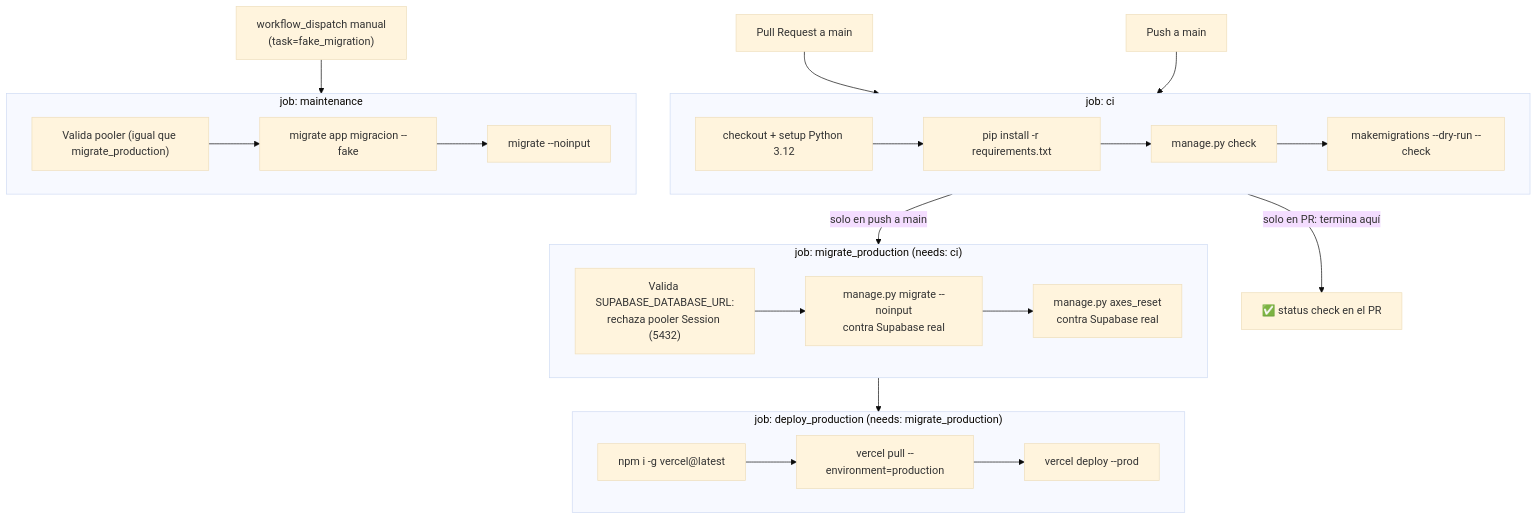
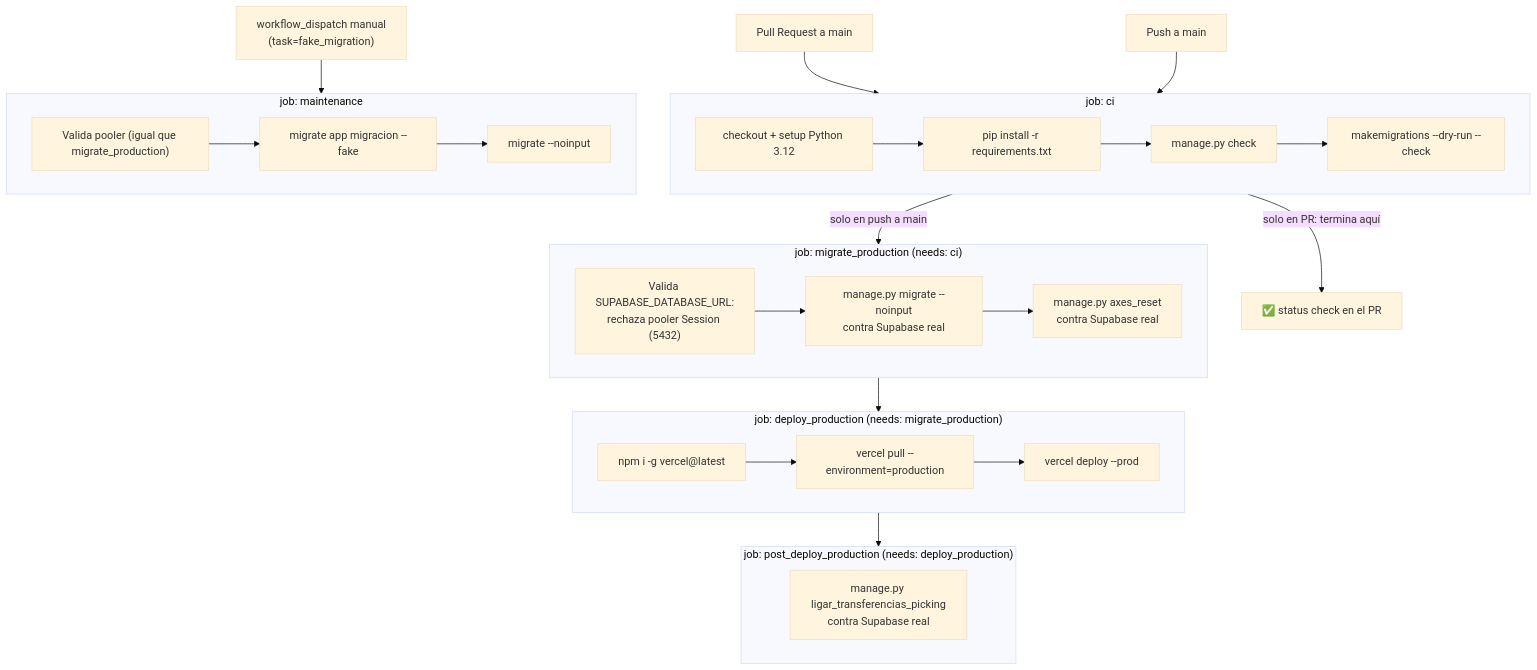
Before and after one commit to DISTinTheHouse/nucleo-erp: the diagram in DOCS/arquitectura/pipeline-despliegue-backend.md, drawn with Mermaid (base theme). The commit also changed other lines of this file and 8 other files, not shown here.

````diff
--- a/DOCS/arquitectura/pipeline-despliegue-backend.md
+++ b/DOCS/arquitectura/pipeline-despliegue-backend.md
@@ -7,41 +7,48 @@
 ```mermaid
 flowchart TD
     PR["Pull Request a main"] --> CI
     PUSH["Push a main"] --> CI
 
     subgraph CI["job: ci"]
         C1["checkout + setup Python 3.12"]
         C2["pip install -r requirements.txt"]
         C3["manage.py check"]
         C4["makemigrations --dry-run --check"]
         C1 --> C2 --> C3 --> C4
     end
 
     CI -->|solo en PR: termina aquí| DONE_PR["✅ status check en el PR"]
     CI -->|solo en push a main| MIG
 
     subgraph MIG["job: migrate_production (needs: ci)"]
         M1["Valida SUPABASE_DATABASE_URL:\nrechaza pooler Session (5432)"]
         M2["manage.py migrate --noinput\ncontra Supabase real"]
         M3["manage.py axes_reset\ncontra Supabase real"]
         M1 --> M2 --> M3
     end
 
     MIG --> DEP
 
     subgraph DEP["job: deploy_production (needs: migrate_production)"]
         D1["npm i -g vercel@latest"]
         D2["vercel pull --environment=production"]
         D3["vercel deploy --prod"]
         D1 --> D2 --> D3
     end
 
+    DEP --> POST
+
+    subgraph POST["job: post_deploy_production (needs: deploy_production)"]
+        P1["manage.py ligar_transferencias_picking
+contra Supabase real"]
+    end
+
     WD["workflow_dispatch manual\n(task=fake_migration)"] --> MAINT
 
     subgraph MAINT["job: maintenance"]
         MA1["Valida pooler (igual que migrate_production)"]
         MA2["migrate app migracion --fake"]
         MA3["migrate --noinput"]
         MA1 --> MA2 --> MA3
     end
 ```
````
